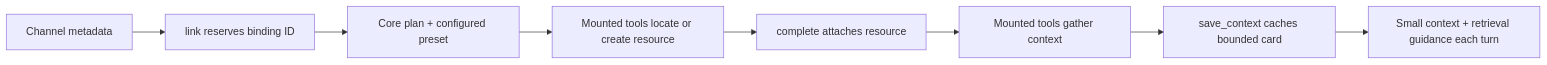
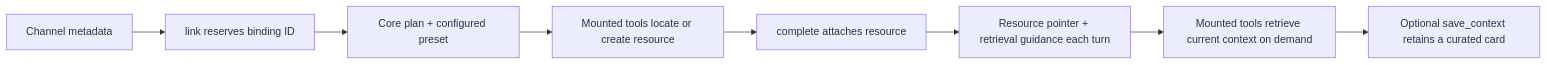
The diagram in packages/eve-project-link/README.md (ewhauser/eve-extensions), drawn with Mermaid before and after one commit. The commit also changed other lines of this file and 15 other files, not shown here.

Commit message:
feat(eve-project-link): add pointer context mode

````diff
--- a/packages/eve-project-link/README.md
+++ b/packages/eve-project-link/README.md
@@ -117,10 +120,10 @@
 ```mermaid
 flowchart LR
   A["Channel metadata"] --> B["link reserves binding ID"]
   B --> C["Core plan + configured preset"]
   C --> D["Mounted tools locate or create resource"]
   D --> E["complete attaches resource"]
-  E --> F["Mounted tools gather context"]
-  F --> G["save_context caches bounded card"]
-  G --> H["Small context + retrieval guidance each turn"]
+  E --> F["Resource pointer + retrieval guidance each turn"]
+  F --> G["Mounted tools retrieve current context on demand"]
+  G --> H["Optional save_context retains a curated card"]
 ```
````
